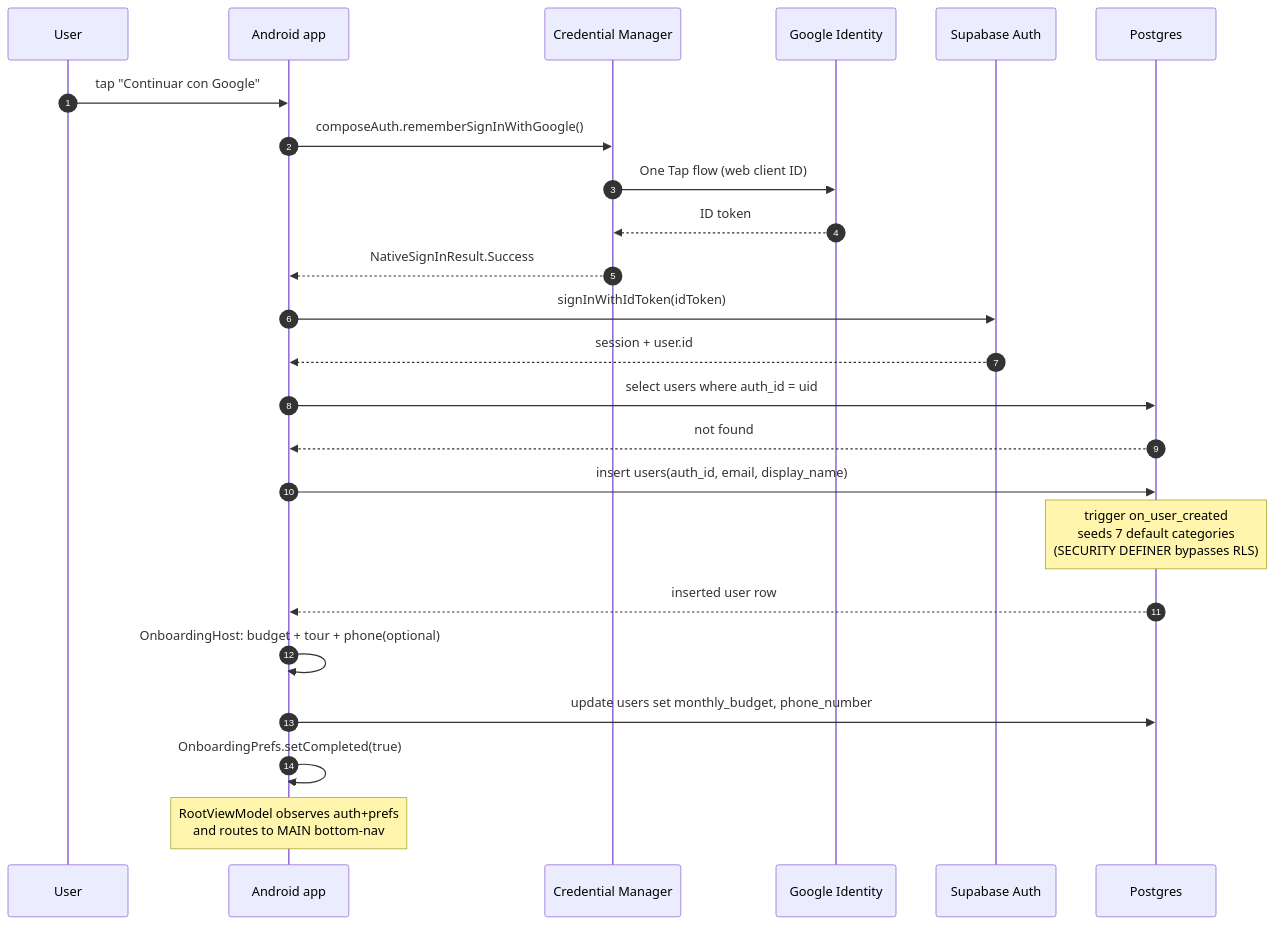
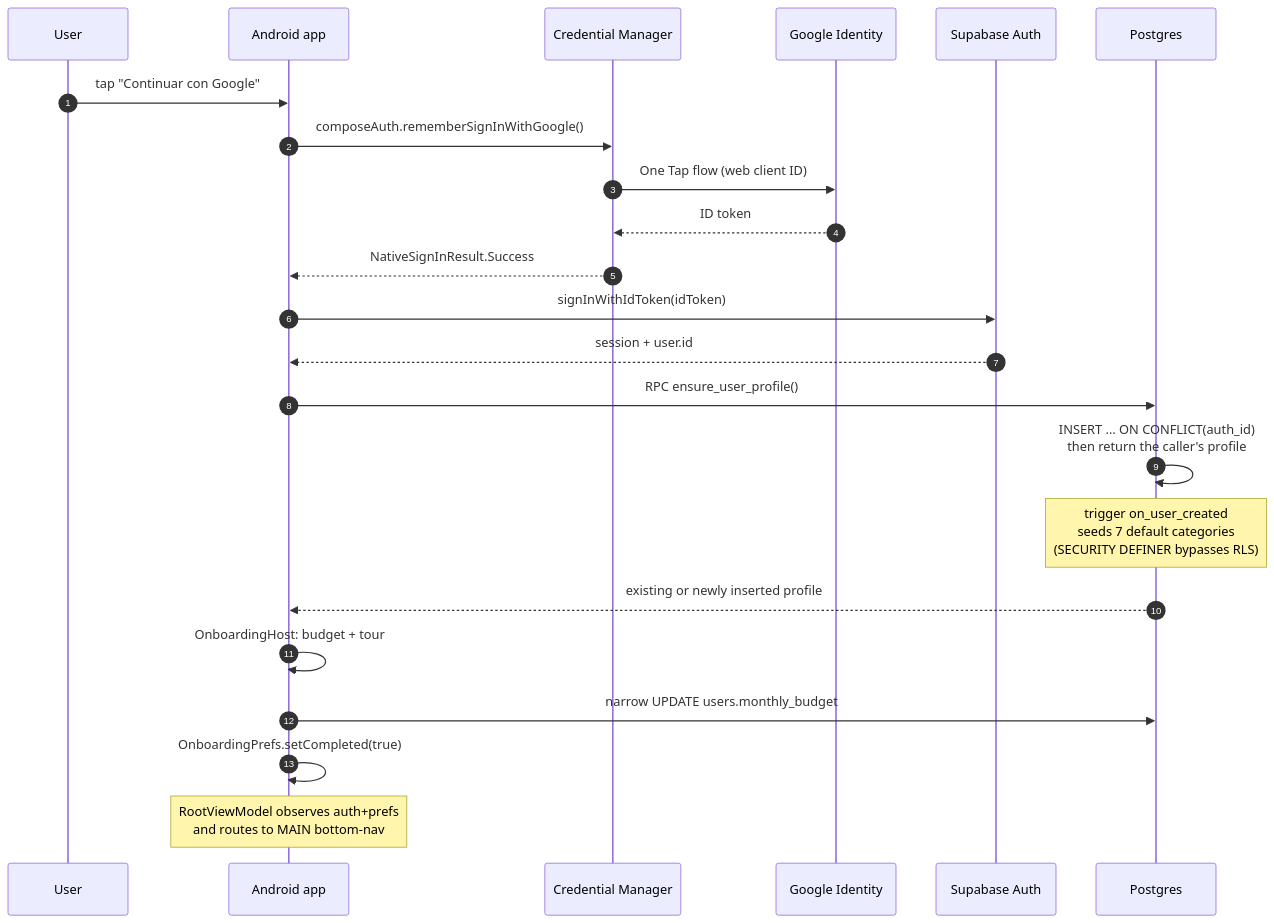
Before and after one commit to jeremyaldama/fluyo: the third of 8 diagrams in SYSTEM_DESIGN.md, drawn with Mermaid. The commit also changed other lines of this file and 225 other files, not shown here.

````diff
--- a/SYSTEM_DESIGN.md
+++ b/SYSTEM_DESIGN.md
@@ -340,27 +347,26 @@
 ```mermaid
 sequenceDiagram
   autonumber
   participant U as User
   participant App as Android app
   participant CM as Credential Manager
   participant Goog as Google Identity
   participant SA as Supabase Auth
   participant DB as Postgres
 
   U->>App: tap "Continuar con Google"
   App->>CM: composeAuth.rememberSignInWithGoogle()
   CM->>Goog: One Tap flow (web client ID)
   Goog-->>CM: ID token
   CM-->>App: NativeSignInResult.Success
   App->>SA: signInWithIdToken(idToken)
   SA-->>App: session + user.id
-  App->>DB: select users where auth_id = uid
-  DB-->>App: not found
-  App->>DB: insert users(auth_id, email, display_name)
+  App->>DB: RPC ensure_user_profile()
+  DB->>DB: INSERT ... ON CONFLICT(auth_id)<br/>then return the caller's profile
   Note over DB: trigger on_user_created<br/>seeds 7 default categories<br/>(SECURITY DEFINER bypasses RLS)
-  DB-->>App: inserted user row
-  App->>App: OnboardingHost: budget + tour + phone(optional)
-  App->>DB: update users set monthly_budget, phone_number
+  DB-->>App: existing or newly inserted profile
+  App->>App: OnboardingHost: budget + tour
+  App->>DB: narrow UPDATE users.monthly_budget
   App->>App: OnboardingPrefs.setCompleted(true)
   Note over App: RootViewModel observes auth+prefs<br/>and routes to MAIN bottom-nav
 ```
````
